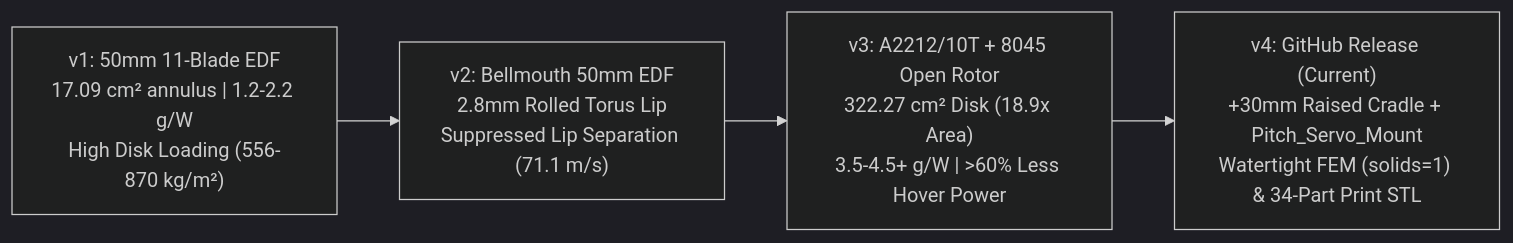
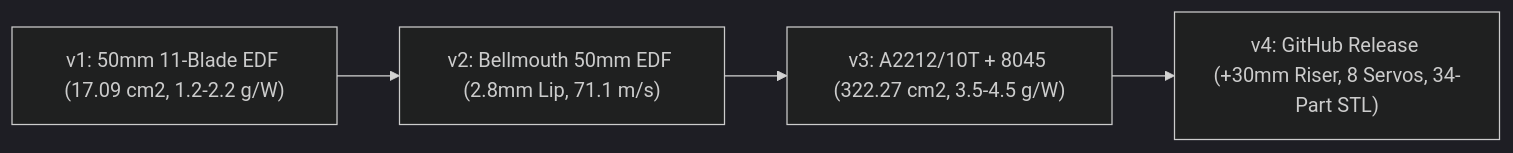
The second of 2 diagrams in README.md (Davood121/Davood121-Black-Panther-Quad-EDF-VTOL), drawn with Mermaid (dark theme) before and after one commit. The commit also changed other lines of this file, not shown here.

Commit message:
Fix GitHub Mermaid syntax and table math formatting in README.md

````diff
--- a/README.md
+++ b/README.md
@@ -42,6 +42,6 @@
 ```mermaid
 flowchart LR
-    V1["v1: 50mm 11-Blade EDF<br/>17.09 cm² annulus | 1.2-2.2 g/W<br/>High Disk Loading (556-870 kg/m²)"] --> V2["v2: Bellmouth 50mm EDF<br/>2.8mm Rolled Torus Lip<br/>Suppressed Lip Separation (71.1 m/s)"]
-    V2 --> V3["v3: A2212/10T + 8045 Open Rotor<br/>322.27 cm² Disk (18.9x Area)<br/>3.5-4.5+ g/W | >60% Less Hover Power"]
-    V3 --> V4["v4: GitHub Release (Current)<br/>+30mm Raised Cradle + Pitch_Servo_Mount<br/>Watertight FEM (solids=1) & 34-Part Print STL"]
+    V1["v1: 50mm 11-Blade EDF (17.09 cm2, 1.2-2.2 g/W)"] --> V2["v2: Bellmouth 50mm EDF (2.8mm Lip, 71.1 m/s)"]
+    V2 --> V3["v3: A2212/10T + 8045 (322.27 cm2, 3.5-4.5 g/W)"]
+    V3 --> V4["v4: GitHub Release (+30mm Riser, 8 Servos, 34-Part STL)"]
 ```
````
